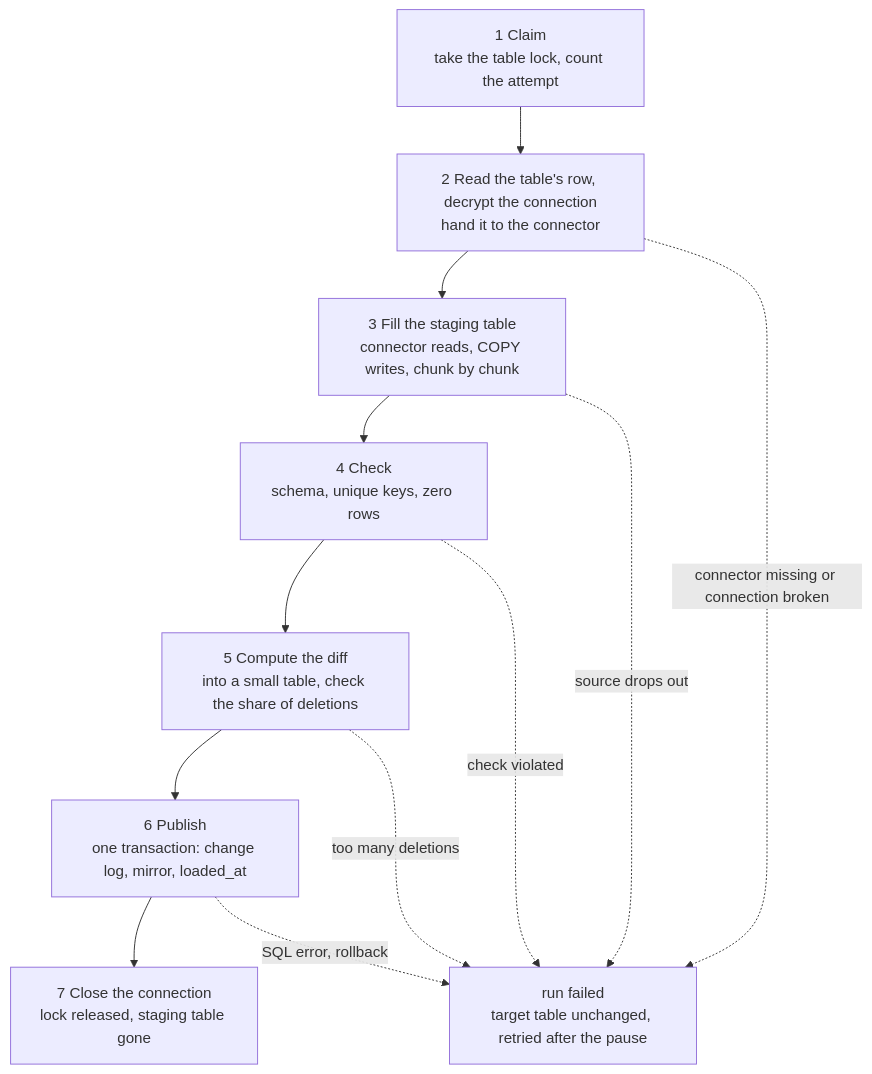
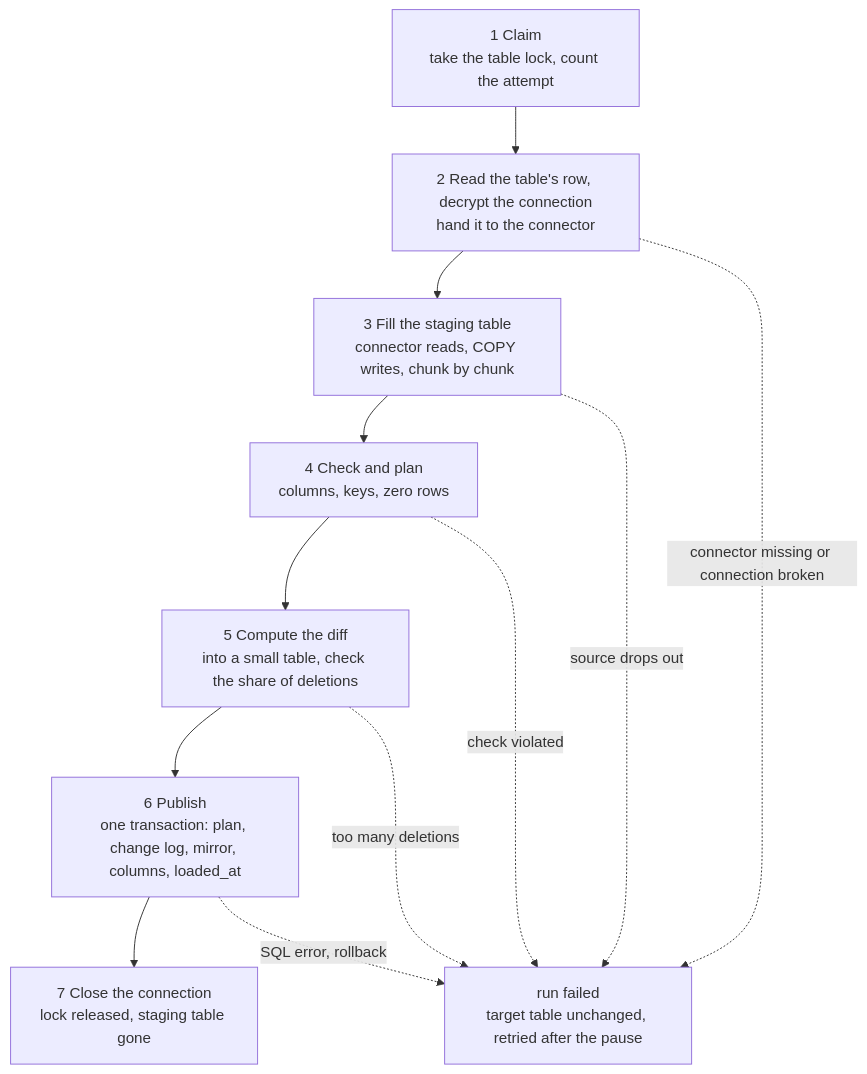
The second of 4 diagrams in docs/loading.md (romanhaendler/rowvioli), drawn with Mermaid before and after one commit. The commit also changed other lines of this file and 1 other file, not shown here.

Commit message:
docs/loading.md: the checks and the plan, what a run does to columns, types, keys and renames by itself, every remaining stop with its reason and way out, and what a person still does by hand (ticket 07 of schema-changes)

````diff
--- a/docs/loading.md
+++ b/docs/loading.md
@@ -107,15 +107,15 @@
 ```mermaid
 flowchart TD
     A["1 Claim<br/>take the table lock, count the attempt"] --> B["2 Read the table's row, decrypt the connection<br/>hand it to the connector"]
     B --> C["3 Fill the staging table<br/>connector reads, COPY writes, chunk by chunk"]
-    C --> D["4 Check<br/>schema, unique keys, zero rows"]
+    C --> D["4 Check and plan<br/>columns, keys, zero rows"]
     D --> E["5 Compute the diff<br/>into a small table, check the share of deletions"]
-    E --> F["6 Publish<br/>one transaction: change log, mirror, loaded_at"]
+    E --> F["6 Publish<br/>one transaction: plan, change log, mirror, columns, loaded_at"]
     F --> G["7 Close the connection<br/>lock released, staging table gone"]
 
     B -.->|connector missing or connection broken| X["run failed<br/>target table unchanged, retried after the pause"]
     C -.->|source drops out| X
     D -.->|check violated| X
     E -.->|too many deletions| X
     F -.->|SQL error, rollback| X
 ```
````
